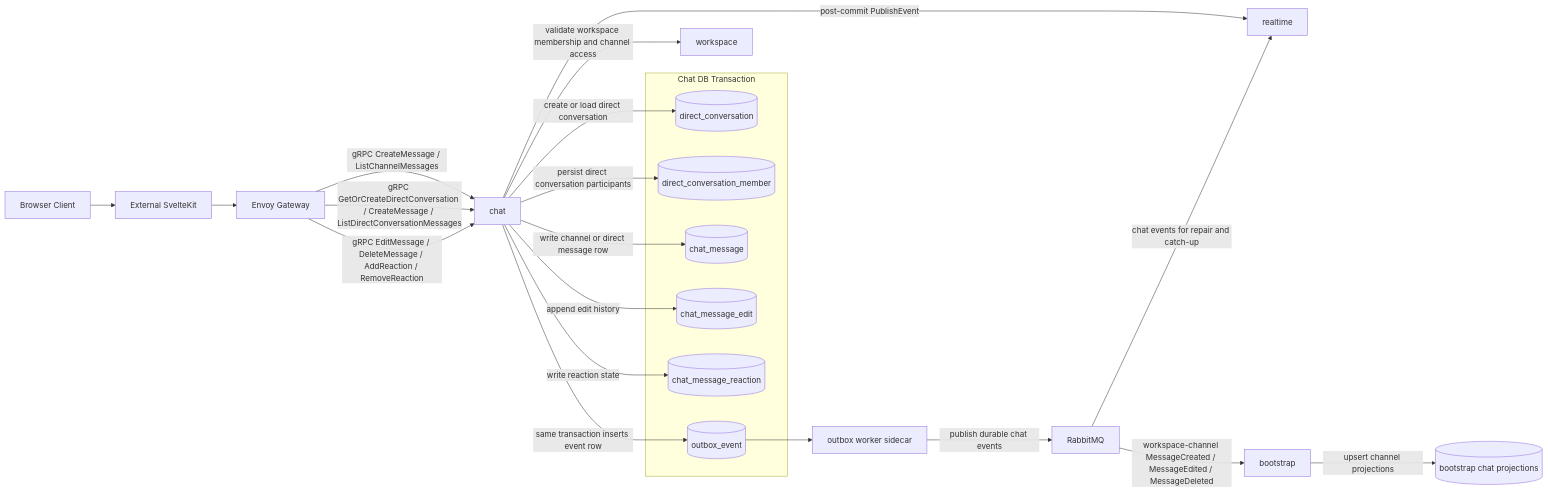
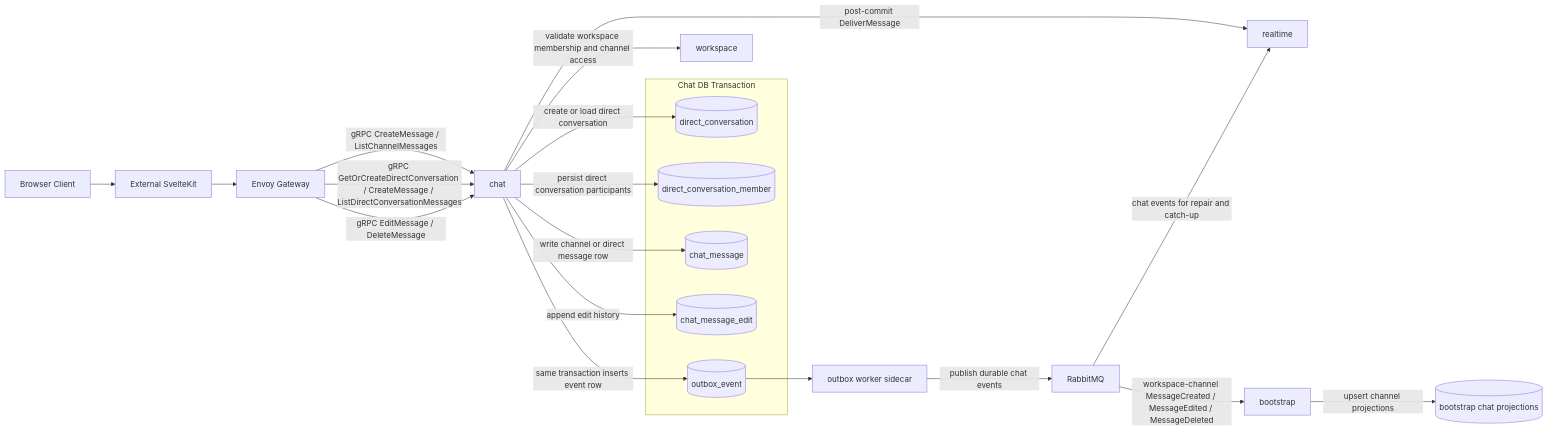
Before and after one commit to nthnf/Relay: the diagram in docs/service/chat/diagram.md, drawn with Mermaid. The commit also changed other lines of this file and 28 other files, not shown here.

````diff
--- a/docs/service/chat/diagram.md
+++ b/docs/service/chat/diagram.md
@@ -3,34 +3,32 @@
 ```mermaid
 flowchart LR
     Browser[Browser Client] --> App[External SvelteKit]
     App --> Gateway[Envoy Gateway]
     Gateway -->|gRPC CreateMessage / ListChannelMessages| Chat[chat]
     Gateway -->|gRPC GetOrCreateDirectConversation / CreateMessage / ListDirectConversationMessages| Chat
-    Gateway -->|gRPC EditMessage / DeleteMessage / AddReaction / RemoveReaction| Chat
+    Gateway -->|gRPC EditMessage / DeleteMessage| Chat
     Chat -->|validate workspace membership and channel access| Workspace[workspace]
 
     subgraph Chat DB Transaction
         DC[(direct_conversation)]
         DCM[(direct_conversation_member)]
         CM[(chat_message)]
         CME[(chat_message_edit)]
-        CMR[(chat_message_reaction)]
         O[(outbox_event)]
     end
 
     Chat -->|create or load direct conversation| DC
     Chat -->|persist direct conversation participants| DCM
     Chat -->|write channel or direct message row| CM
     Chat -->|append edit history| CME
-    Chat -->|write reaction state| CMR
     Chat -->|same transaction inserts event row| O
 
-    Chat -->|post-commit PublishEvent| Realtime[realtime]
+    Chat -->|post-commit DeliverMessage| Realtime[realtime]
 
     O --> Worker[outbox worker sidecar]
     Worker -->|publish durable chat events| RabbitMQ[RabbitMQ]
     RabbitMQ -->|workspace-channel MessageCreated / MessageEdited / MessageDeleted| Bootstrap[bootstrap]
     RabbitMQ -->|chat events for repair and catch-up| Realtime
 
     Bootstrap -->|upsert channel projections| Projections[(bootstrap chat projections)]
 ```
````
